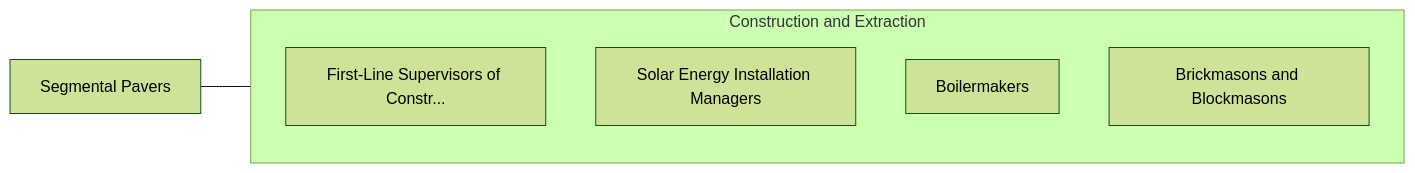
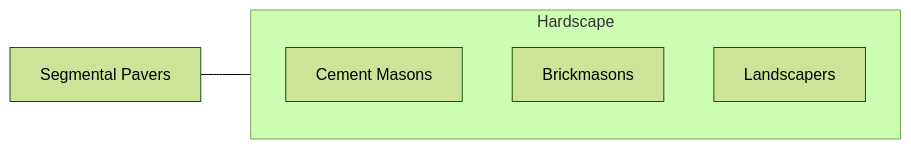
Before and after one commit to kziemski/business.org.ai: the fourth of 4 diagrams in occupations/Construction/SegmentalPavers.mdx, drawn with Mermaid (forest theme). The commit also changed other lines of this file and 938 other files, not shown here.

````diff
--- a/occupations/Construction/SegmentalPavers.mdx
+++ b/occupations/Construction/SegmentalPavers.mdx
@@ -113,13 +151,10 @@
 ```mermaid
 graph LR
     Current["Segmental Pavers"]
-
-    subgraph SameCategory["Construction and Extraction"]
-        FirstLineSupervisors["First-Line Supervisors of Constr..."]
-        SolarEnergyInstallat["Solar Energy Installation Managers"]
-        Boilermakers["Boilermakers"]
-        BrickmasonsAndBlockm["Brickmasons and Blockmasons"]
+    subgraph Same["Hardscape"]
+        Cement["Cement Masons"]
+        Brick["Brickmasons"]
+        Landscape["Landscapers"]
     end
-
-    Current --- SameCategory
+    Current --- Same
 ```
````
